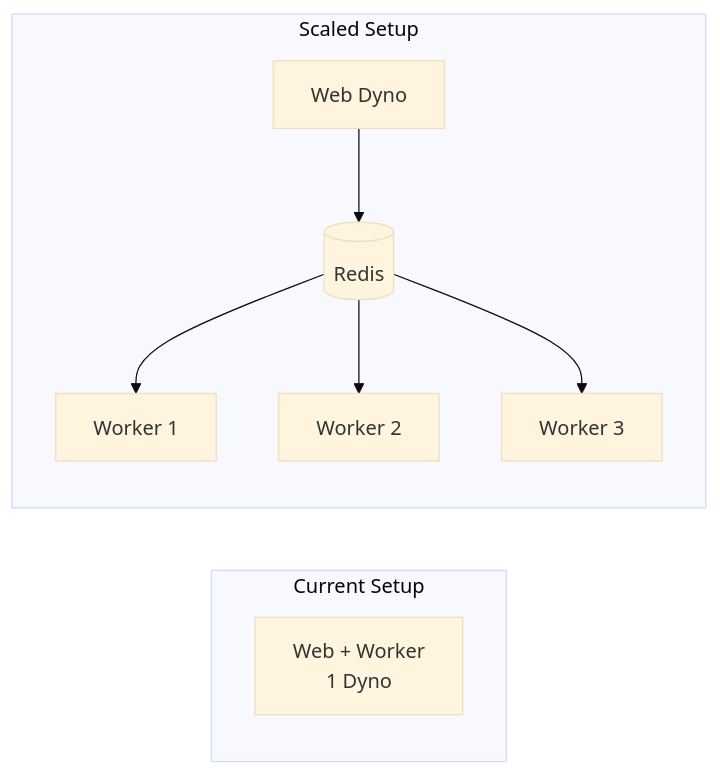
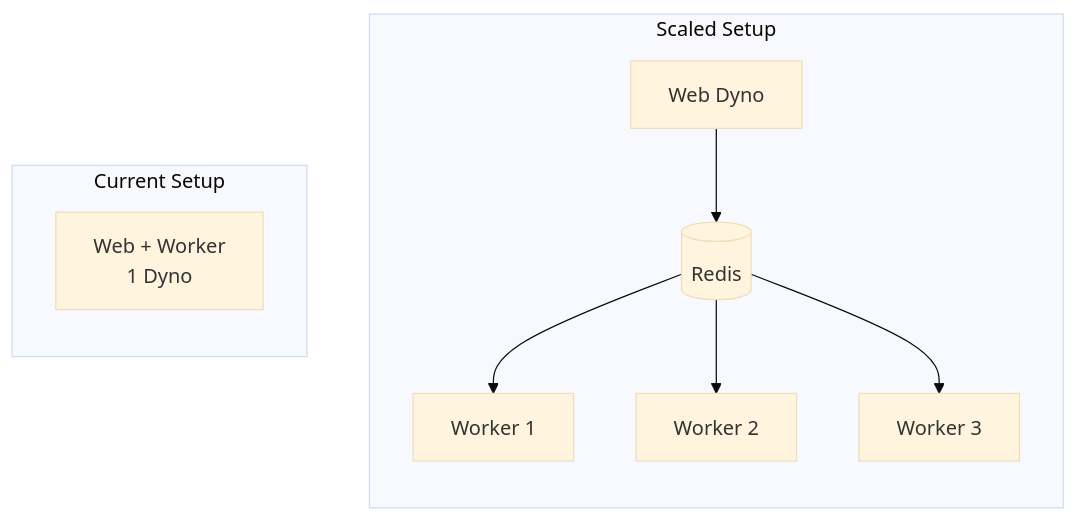
Diagram 18 of 21 in README.md (solydstore/inner_cnft_manager_heroku), drawn with Mermaid (base theme) before and after one commit. The commit also changed other lines of this file, not shown here.

Commit message:
Fix Mermaid charts

````diff
--- a/README.md
+++ b/README.md
@@ -954,18 +968,20 @@
 ```mermaid
 flowchart LR
     subgraph Current["Current Setup"]
         W1[Web + Worker<br/>1 Dyno]
     end
 
     subgraph Scaled["Scaled Setup"]
         W2[Web Dyno]
         W3[Worker 1]
         W4[Worker 2]
         W5[Worker 3]
         R[(Redis)]
         W2 --> R
         R --> W3
         R --> W4
         R --> W5
     end
+
+    Current ~~~ Scaled
 ```
````
